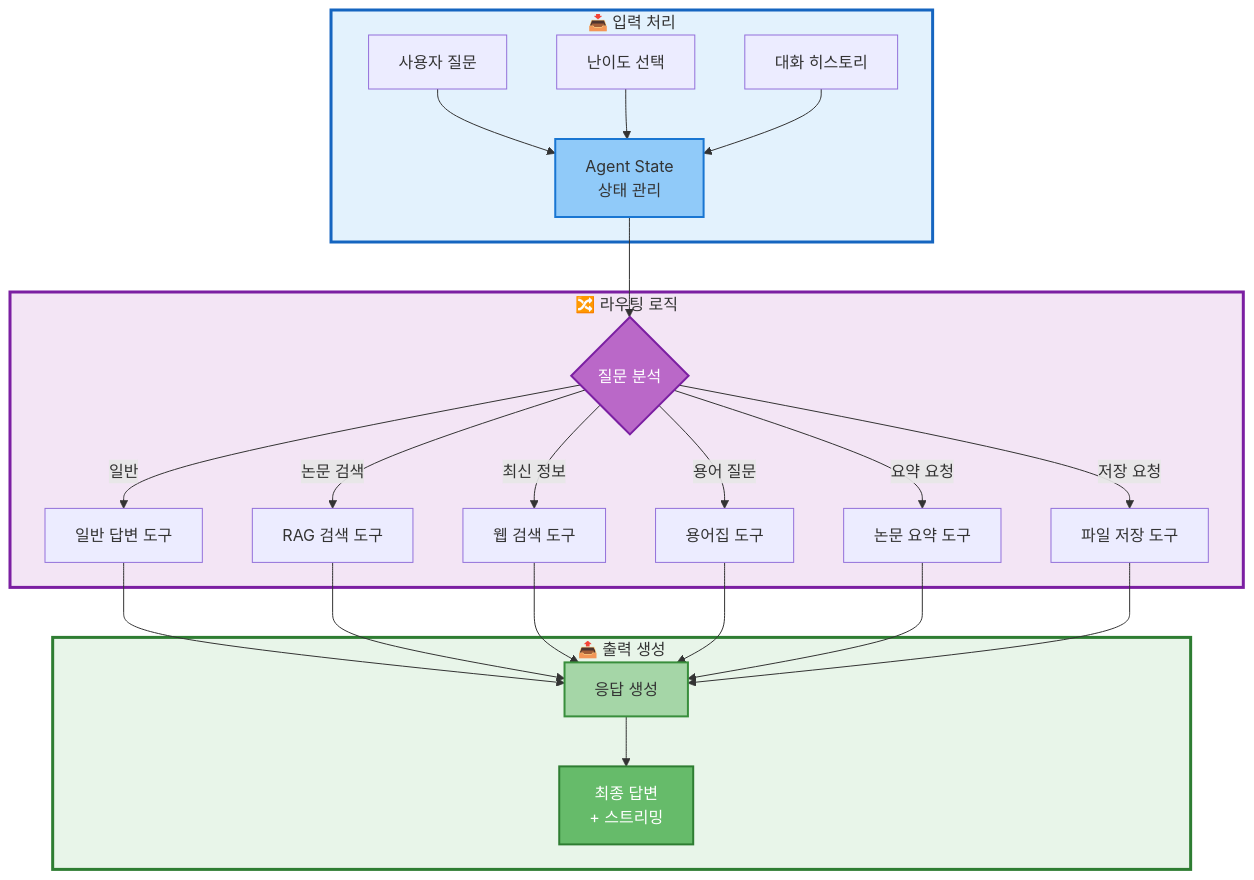
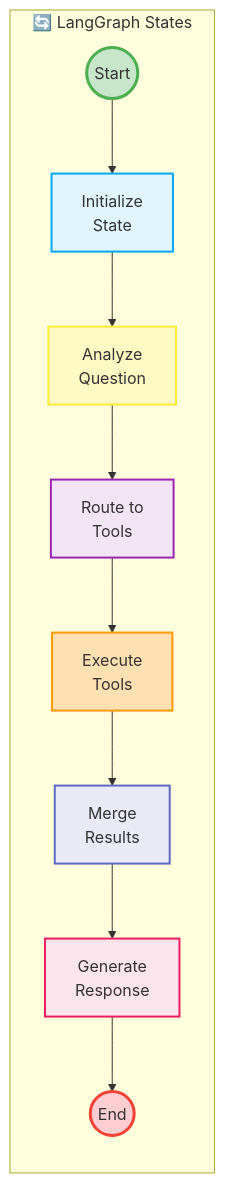
Before and after one commit to AIBootcamp14/langchainproject-new-langchainproject_5: the sixth of 10 diagrams in docs/PPT/new/02_프로젝트_목표_및_설계.md, drawn with Mermaid. The commit also changed other lines of this file, not shown here.

````diff
--- a/docs/PPT/new/02_프로젝트_목표_및_설계.md
+++ b/docs/PPT/new/02_프로젝트_목표_및_설계.md
@@ -332,44 +420,38 @@
 ```mermaid
-graph TB
-    subgraph Input["📥 입력 처리"]
-        I1[사용자 질문]
-        I2[난이도 선택]
-        I3[대화 히스토리]
+graph LR
+    subgraph States["🔄 LangGraph States"]
+        START((Start))
 
-        I1 --> STATE[Agent State<br/>상태 관리]
-        I2 --> STATE
-        I3 --> STATE
-    end
+        INIT[Initialize<br/>State]
 
-    subgraph Router["🔀 라우팅 로직"]
-        STATE --> ANALYZE{질문 분석}
+        ANALYZE[Analyze<br/>Question]
 
-        ANALYZE -->|일반| T1[일반 답변 도구]
-        ANALYZE -->|논문 검색| T2[RAG 검색 도구]
-        ANALYZE -->|최신 정보| T3[웹 검색 도구]
-        ANALYZE -->|용어 질문| T4[용어집 도구]
-        ANALYZE -->|요약 요청| T5[논문 요약 도구]
-        ANALYZE -->|저장 요청| T6[파일 저장 도구]
-    end
+        ROUTE[Route to<br/>Tools]
 
-    subgraph Output["📤 출력 생성"]
-        T1 --> RESP[응답 생성]
-        T2 --> RESP
-        T3 --> RESP
-        T4 --> RESP
-        T5 --> RESP
-        T6 --> RESP
+        EXECUTE[Execute<br/>Tools]
 
-        RESP --> FINAL[최종 답변<br/>+ 스트리밍]
+        MERGE[Merge<br/>Results]
+
+        GENERATE[Generate<br/>Response]
+
+        END((End))
+
+        START --> INIT
+        INIT --> ANALYZE
+        ANALYZE --> ROUTE
+        ROUTE --> EXECUTE
+        EXECUTE --> MERGE
+        MERGE --> GENERATE
+        GENERATE --> END
     end
 
     %% 스타일링
-    style Input fill:#e3f2fd,stroke:#1565c0,stroke-width:3px
-    style Router fill:#f3e5f5,stroke:#7b1fa2,stroke-width:3px
-    style Output fill:#e8f5e9,stroke:#2e7d32,stroke-width:3px
-
-    style STATE fill:#90caf9,stroke:#1976d2,stroke-width:2px
-    style ANALYZE fill:#ba68c8,stroke:#7b1fa2,stroke-width:2px,color:#fff
-    style RESP fill:#a5d6a7,stroke:#388e3c,stroke-width:2px
-    style FINAL fill:#66bb6a,stroke:#2e7d32,stroke-width:2px,color:#fff
+    style START fill:#C8E6C9,stroke:#4CAF50,stroke-width:3px
+    style END fill:#FFCDD2,stroke:#F44336,stroke-width:3px
+    style INIT fill:#E1F5FE,stroke:#03A9F4,stroke-width:2px
+    style ANALYZE fill:#FFF9C4,stroke:#FFEB3B,stroke-width:2px
+    style ROUTE fill:#F3E5F5,stroke:#9C27B0,stroke-width:2px
+    style EXECUTE fill:#FFE0B2,stroke:#FF9800,stroke-width:2px
+    style MERGE fill:#E8EAF6,stroke:#5C6BC0,stroke-width:2px
+    style GENERATE fill:#FCE4EC,stroke:#E91E63,stroke-width:2px
 ```
````
